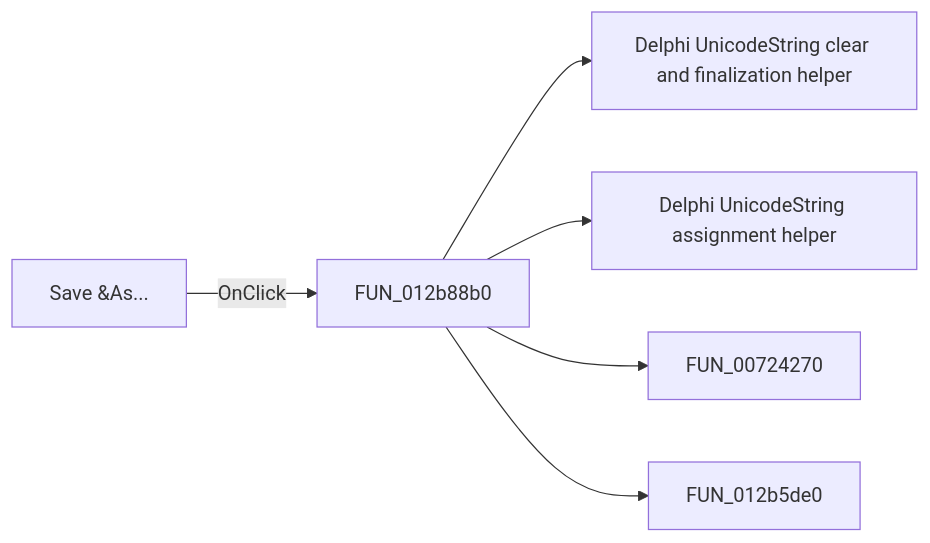
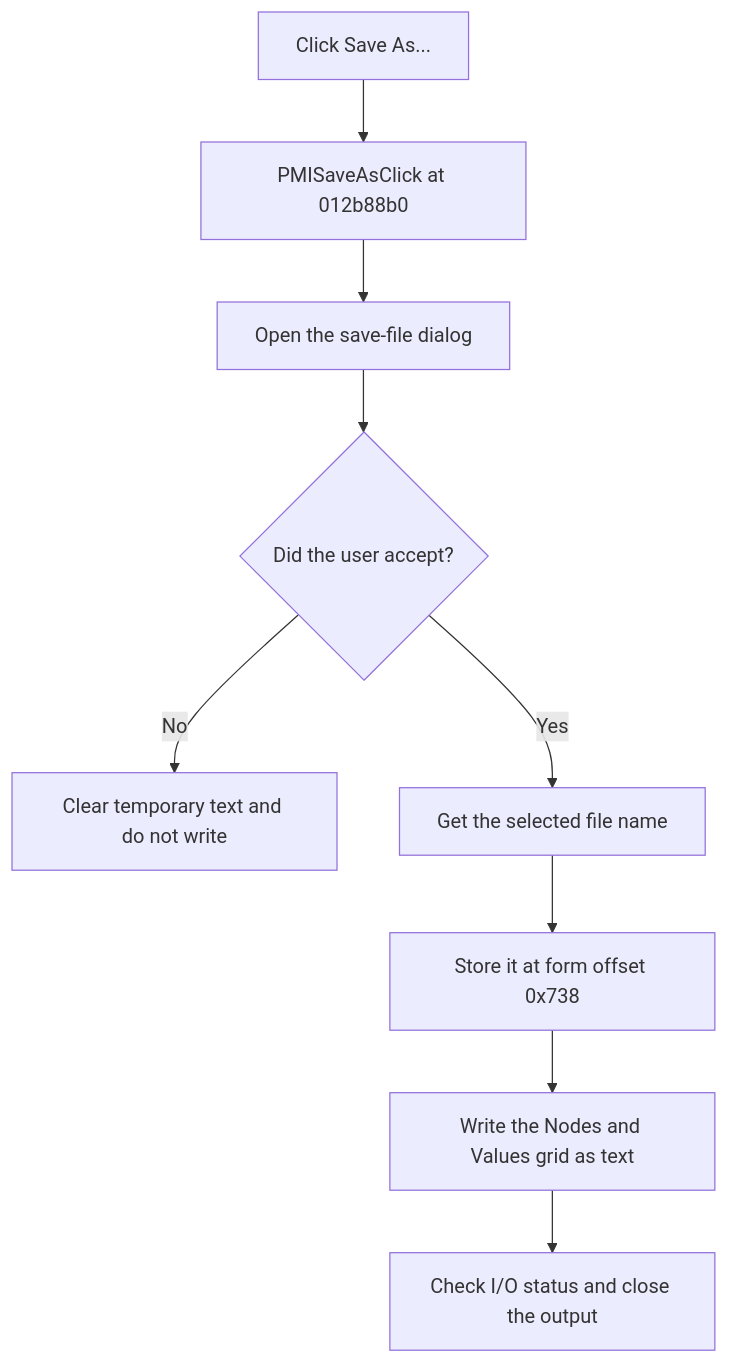
The diagram in docs/ui-controls/tinaaskvoltagesdlg/pmisaveas-ddec76e970.md (MovGP0/TIARA), drawn with Mermaid before and after one commit. The commit also changed other lines of this file and 1062 other files, not shown here.

````diff
--- a/docs/ui-controls/tinaaskvoltagesdlg/pmisaveas-ddec76e970.md
+++ b/docs/ui-controls/tinaaskvoltagesdlg/pmisaveas-ddec76e970.md
@@ -27,8 +31,11 @@
 ```mermaid
-flowchart LR
-    control["Save &As..."] -->|OnClick| handler["FUN_012b88b0"]
-    handler --> call1["Delphi UnicodeString clear and finalization helper"]
-    handler --> call2["Delphi UnicodeString assignment helper"]
-    handler --> call3["FUN_00724270"]
-    handler --> call4["FUN_012b5de0"]
+flowchart TD
+    saveAsClick["Click Save As..."] --> saveAsHandler["PMISaveAsClick at 012b88b0"]
+    saveAsHandler --> showDialog["Open the save-file dialog"]
+    showDialog --> dialogAccepted{"Did the user accept?"}
+    dialogAccepted -->|No| noWrite["Clear temporary text and do not write"]
+    dialogAccepted -->|Yes| getPath["Get the selected file name"]
+    getPath --> storePath["Store it at form offset 0x738"]
+    storePath --> writeGrid["Write the Nodes and Values grid as text"]
+    writeGrid --> ioCheck["Check I/O status and close the output"]
 ```
````
